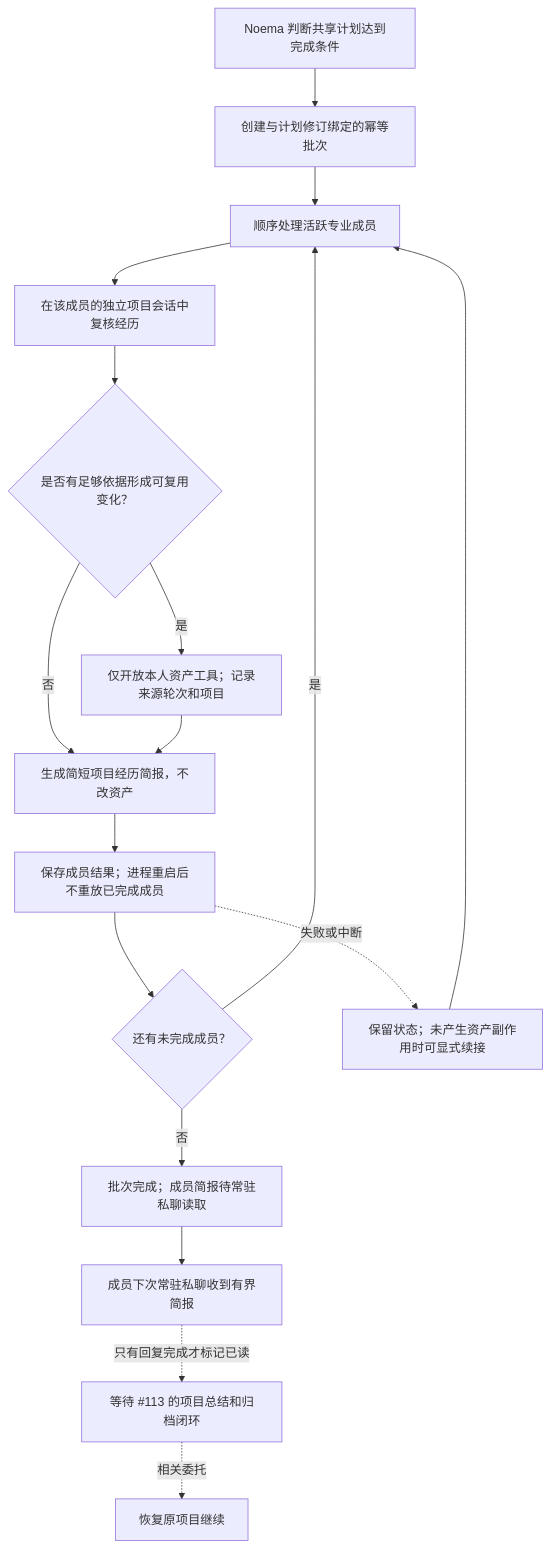
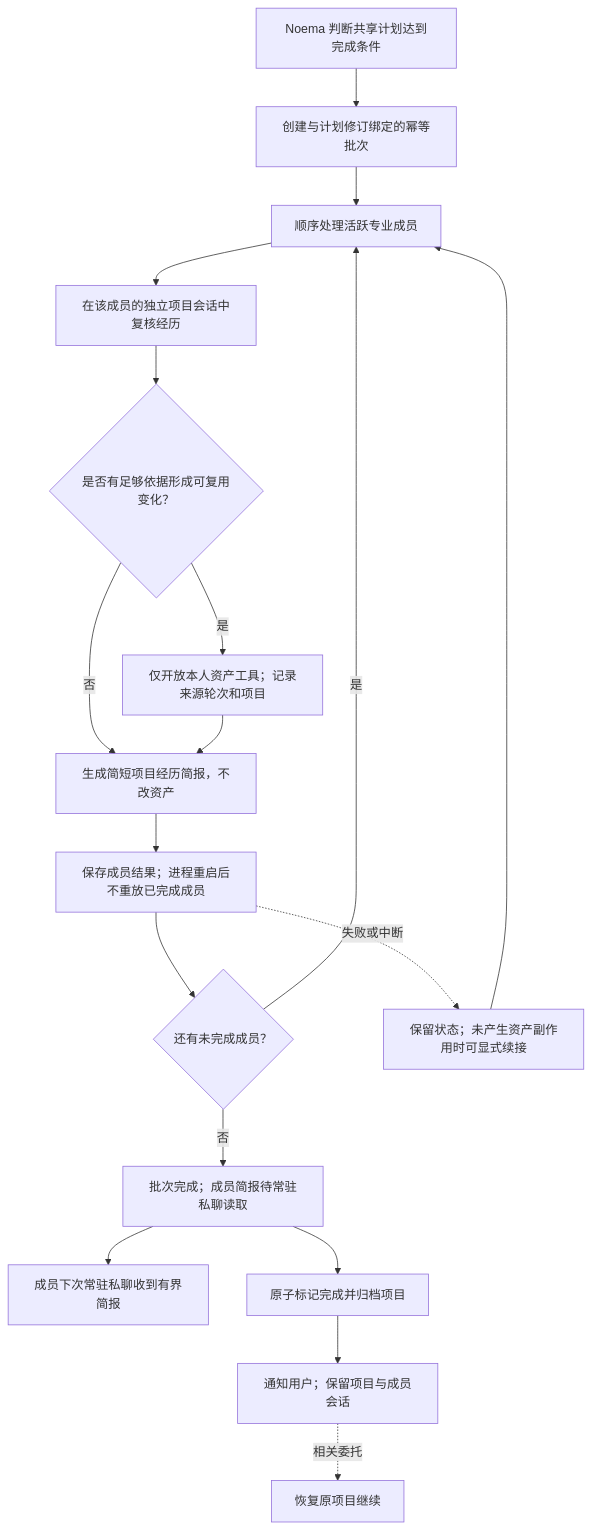
One commit to Noema-Harness/noema-agent changed the eighth of 8 diagrams in docs/design/noema-core-flows.md. Above: the diagram before and after it, drawn with Mermaid. The commit also changed other lines of this file and 12 other files, not shown here.

````diff
--- a/docs/design/noema-core-flows.md
+++ b/docs/design/noema-core-flows.md
@@ -256,19 +256,20 @@
 ```mermaid
 flowchart TD
     READY[Noema 判断共享计划达到完成条件] --> BATCH[创建与计划修订绑定的幂等批次]
     BATCH --> MEMBER[顺序处理活跃专业成员]
     MEMBER --> REVIEW[在该成员的独立项目会话中复核经历]
     REVIEW --> CHANGE{是否有足够依据形成可复用变化？}
     CHANGE -- 否 --> BRIEF[生成简短项目经历简报，不改资产]
     CHANGE -- 是 --> ASSET[仅开放本人资产工具；记录来源轮次和项目]
     ASSET --> BRIEF
     BRIEF --> SAVE[保存成员结果；进程重启后不重放已完成成员]
     SAVE --> NEXT{还有未完成成员？}
     NEXT -- 是 --> MEMBER
     NEXT -- 否 --> SETTLED[批次完成；成员简报待常驻私聊读取]
     SAVE -. 失败或中断 .-> RETRY[保留状态；未产生资产副作用时可显式续接]
     RETRY --> MEMBER
     SETTLED --> RESIDENT[成员下次常驻私聊收到有界简报]
-    RESIDENT -. 只有回复完成才标记已读 .-> CLOSE[等待 #113 的项目总结和归档闭环]
-    CLOSE -. 相关委托 .-> PROJECT[恢复原项目继续]
+    SETTLED --> ARCHIVE[原子标记完成并归档项目]
+    ARCHIVE --> NOTICE[通知用户；保留项目与成员会话]
+    NOTICE -. 相关委托 .-> PROJECT[恢复原项目继续]
 ```
````
